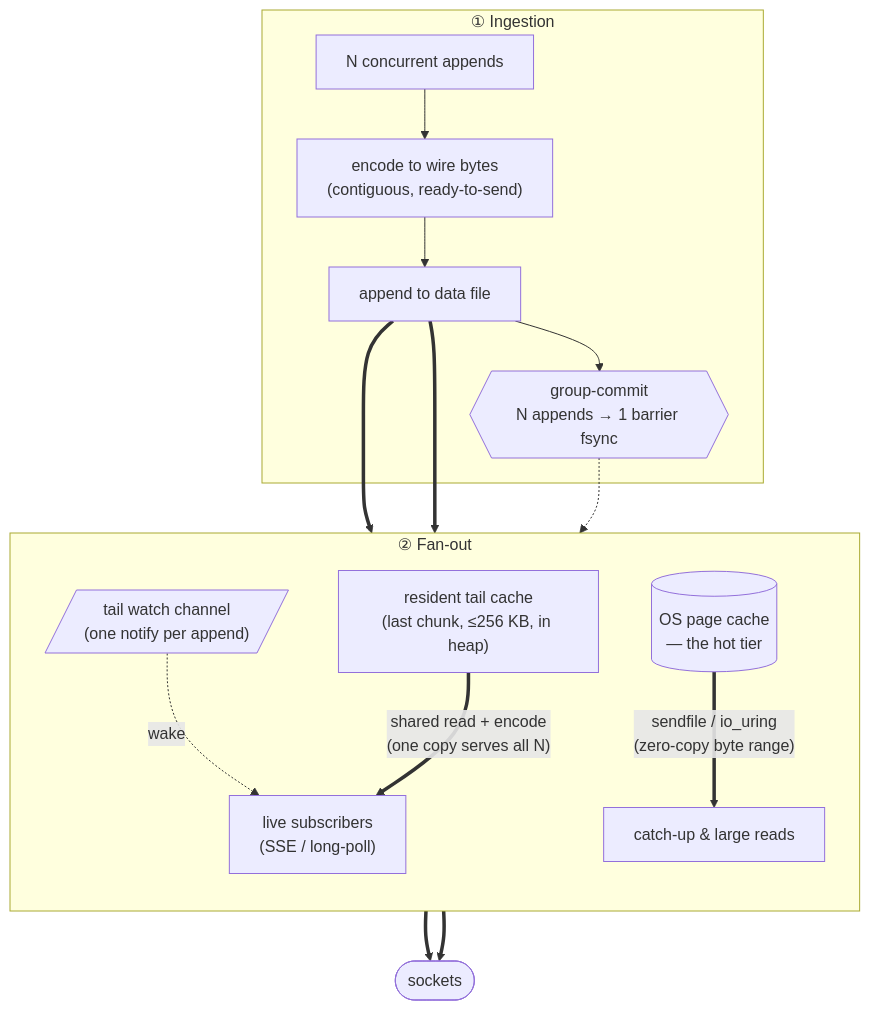
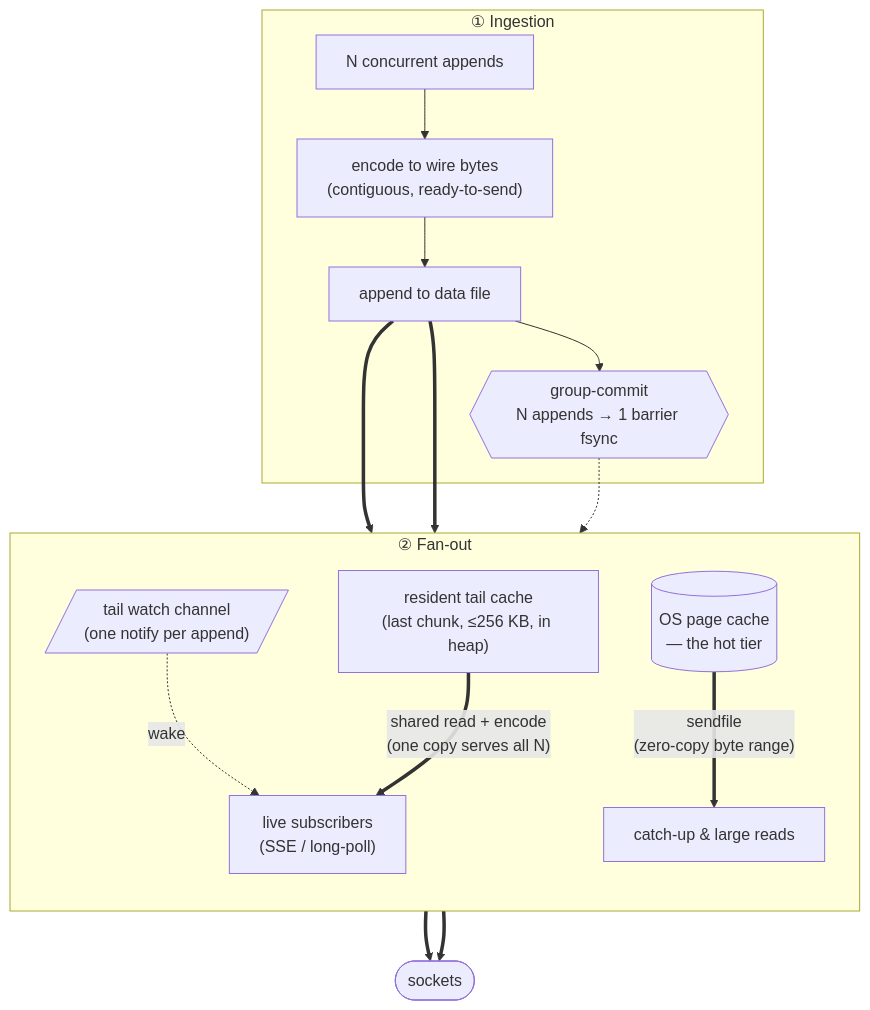
The second of 3 diagrams in ARCHITECTURE.md (electric-sql/electric), drawn with Mermaid before and after one commit. The commit also changed other lines of this file and 16 other files, not shown here.

````diff
--- a/ARCHITECTURE.md
+++ b/ARCHITECTURE.md
@@ -139,22 +139,22 @@
 ```mermaid
 flowchart TB
   subgraph ING["① Ingestion"]
     A1["N concurrent appends"] --> A2["encode to wire bytes<br/>(contiguous, ready-to-send)"]
     A2 --> A3["append to data file"]
     A3 --> A4{{"group-commit<br/>N appends → 1 barrier fsync"}}
   end
 
   A3 ==> PC[("OS page cache<br/>— the hot tier")]
   A3 ==> RC["resident tail cache<br/>(last chunk, ≤256 KB, in heap)"]
   A4 -.-> TW[/"tail watch channel<br/>(one notify per append)"/]
 
   subgraph FAN["② Fan-out"]
     direction TB
     TW -. "wake" .-> SUBS["live subscribers<br/>(SSE / long-poll)"]
     RC ==>|"shared read + encode<br/>(one copy serves all N)"| SUBS
-    PC ==>|"sendfile / io_uring<br/>(zero-copy byte range)"| BIG["catch-up & large reads"]
+    PC ==>|"sendfile<br/>(zero-copy byte range)"| BIG["catch-up & large reads"]
   end
 
   SUBS ==> SOCK(["sockets"])
   BIG ==> SOCK
 ```
````
